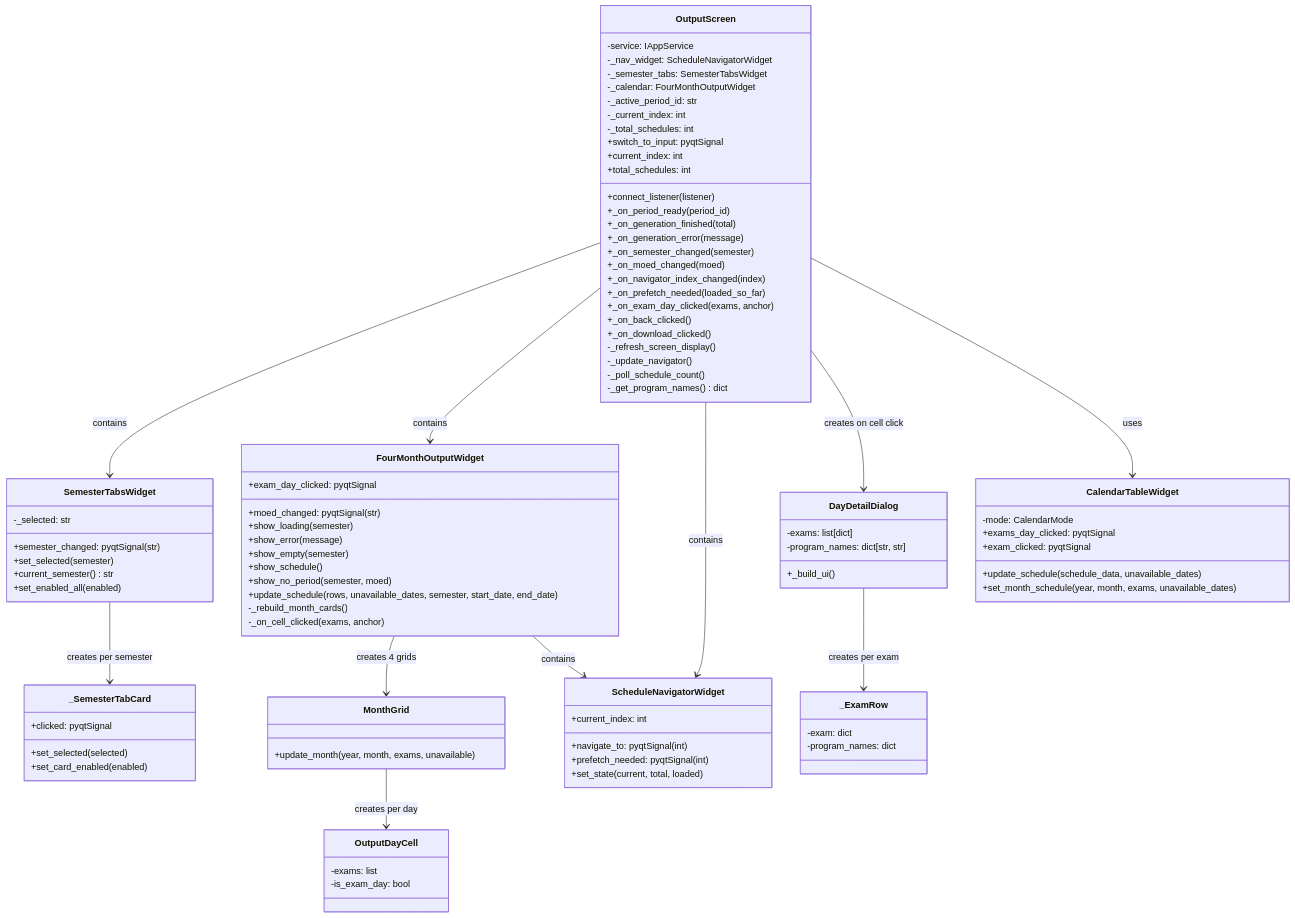
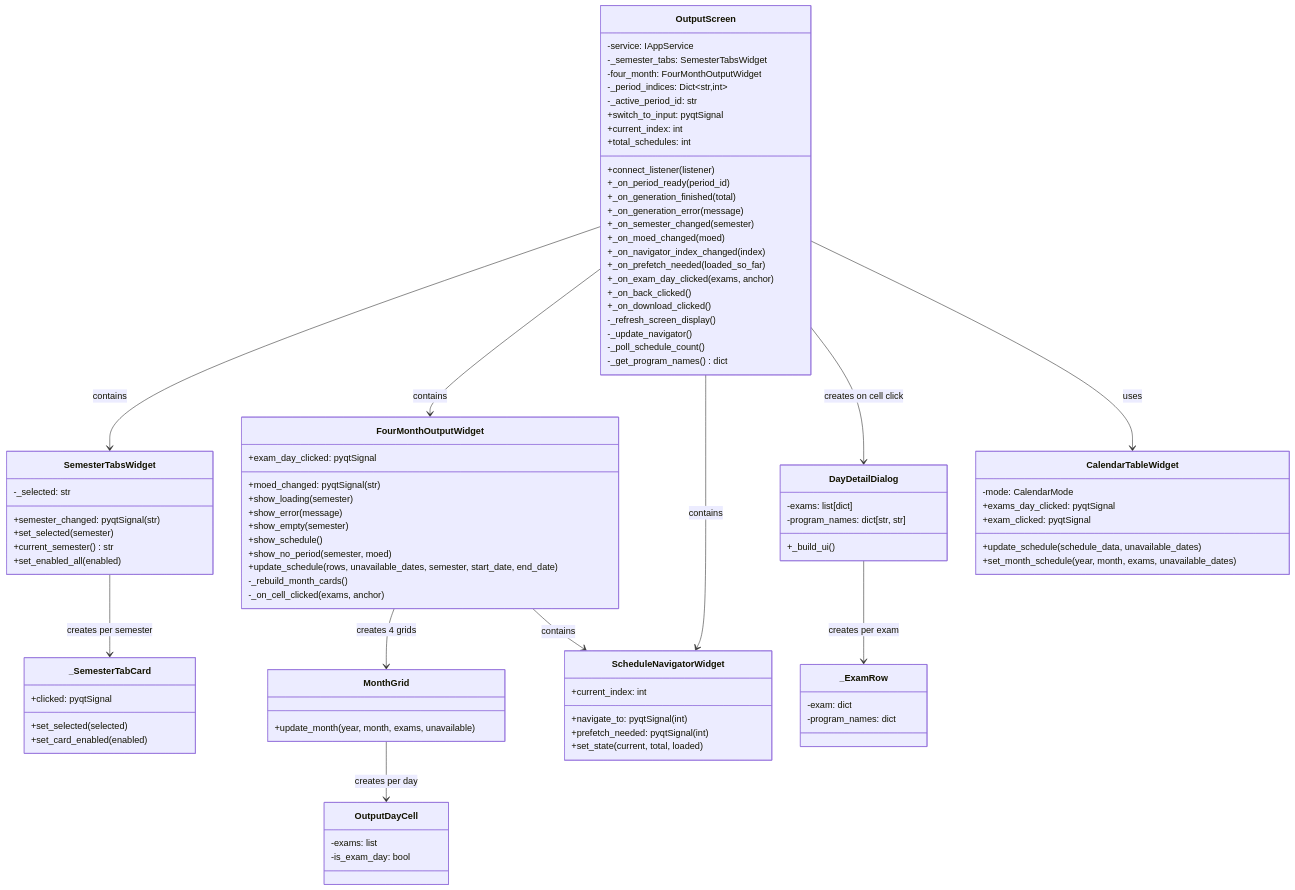
Before and after one commit to Project-SE-year-2/Project-SE-year-2: the diagram in docs/UML/raw files/OutputScreenDiagram.mmd, drawn with Mermaid. The commit also changed 6 other files, not shown here.

```diff
--- a/docs/UML/raw files/OutputScreenDiagram.mmd
+++ b/docs/UML/raw files/OutputScreenDiagram.mmd
@@ -1,113 +1,111 @@
 classDiagram
     direction TB
 
     class OutputScreen {
         -service: IAppService
-        -_nav_widget: ScheduleNavigatorWidget
         -_semester_tabs: SemesterTabsWidget
-        -_calendar: FourMonthOutputWidget
+        -four_month: FourMonthOutputWidget
+        -_period_indices: Dict~str,int~
         -_active_period_id: str
-        -_current_index: int
-        -_total_schedules: int
         +switch_to_input: pyqtSignal
         +current_index: int
         +total_schedules: int
         +connect_listener(listener)
         +_on_period_ready(period_id)
         +_on_generation_finished(total)
         +_on_generation_error(message)
         +_on_semester_changed(semester)
         +_on_moed_changed(moed)
         +_on_navigator_index_changed(index)
         +_on_prefetch_needed(loaded_so_far)
         +_on_exam_day_clicked(exams, anchor)
         +_on_back_clicked()
         +_on_download_clicked()
         -_refresh_screen_display()
         -_update_navigator()
         -_poll_schedule_count()
         -_get_program_names() dict
     }
 
     %% ===== Semester Navigation =====
     class SemesterTabsWidget {
         -_selected: str
         +semester_changed: pyqtSignal(str)
         +set_selected(semester)
         +current_semester() str
         +set_enabled_all(enabled)
     }
 
     class _SemesterTabCard {
         +clicked: pyqtSignal
         +set_selected(selected)
         +set_card_enabled(enabled)
     }
 
     %% ===== Calendar Display =====
     class FourMonthOutputWidget {
         +exam_day_clicked: pyqtSignal
         +moed_changed: pyqtSignal(str)
         +show_loading(semester)
         +show_error(message)
         +show_empty(semester)
         +show_schedule()
         +show_no_period(semester, moed)
         +update_schedule(rows, unavailable_dates, semester, start_date, end_date)
         -_rebuild_month_cards()
         -_on_cell_clicked(exams, anchor)
     }
 
     class MonthGrid {
         +update_month(year, month, exams, unavailable)
     }
 
     class OutputDayCell {
         -exams: list
         -is_exam_day: bool
     }
 
     %% ===== Schedule Navigation =====
     class ScheduleNavigatorWidget {
         +navigate_to: pyqtSignal(int)
         +prefetch_needed: pyqtSignal(int)
         +current_index: int
         +set_state(current, total, loaded)
     }
 
     %% ===== Day Detail =====
     class DayDetailDialog {
         -exams: list[dict]
         -program_names: dict[str, str]
         +_build_ui()
     }
 
     class _ExamRow {
         -exam: dict
         -program_names: dict
     }
 
     %% ===== Shared Calendar Widget =====
     class CalendarTableWidget {
         -mode: CalendarMode
         +exams_day_clicked: pyqtSignal
         +exam_clicked: pyqtSignal
         +update_schedule(schedule_data, unavailable_dates)
         +set_month_schedule(year, month, exams, unavailable_dates)
     }
 
     %% ===== Relationships =====
     OutputScreen --> SemesterTabsWidget : contains
     OutputScreen --> FourMonthOutputWidget : contains
     OutputScreen --> ScheduleNavigatorWidget : contains
     OutputScreen --> DayDetailDialog : creates on cell click
     OutputScreen --> CalendarTableWidget : uses
 
     SemesterTabsWidget --> _SemesterTabCard : creates per semester
 
     FourMonthOutputWidget --> MonthGrid : creates 4 grids
     FourMonthOutputWidget --> ScheduleNavigatorWidget : contains
 
     MonthGrid --> OutputDayCell : creates per day
 
     DayDetailDialog --> _ExamRow : creates per exam
```
